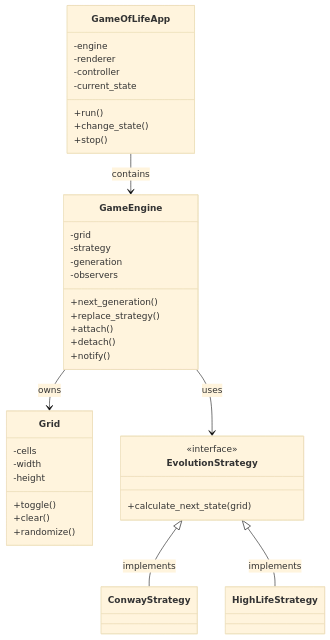
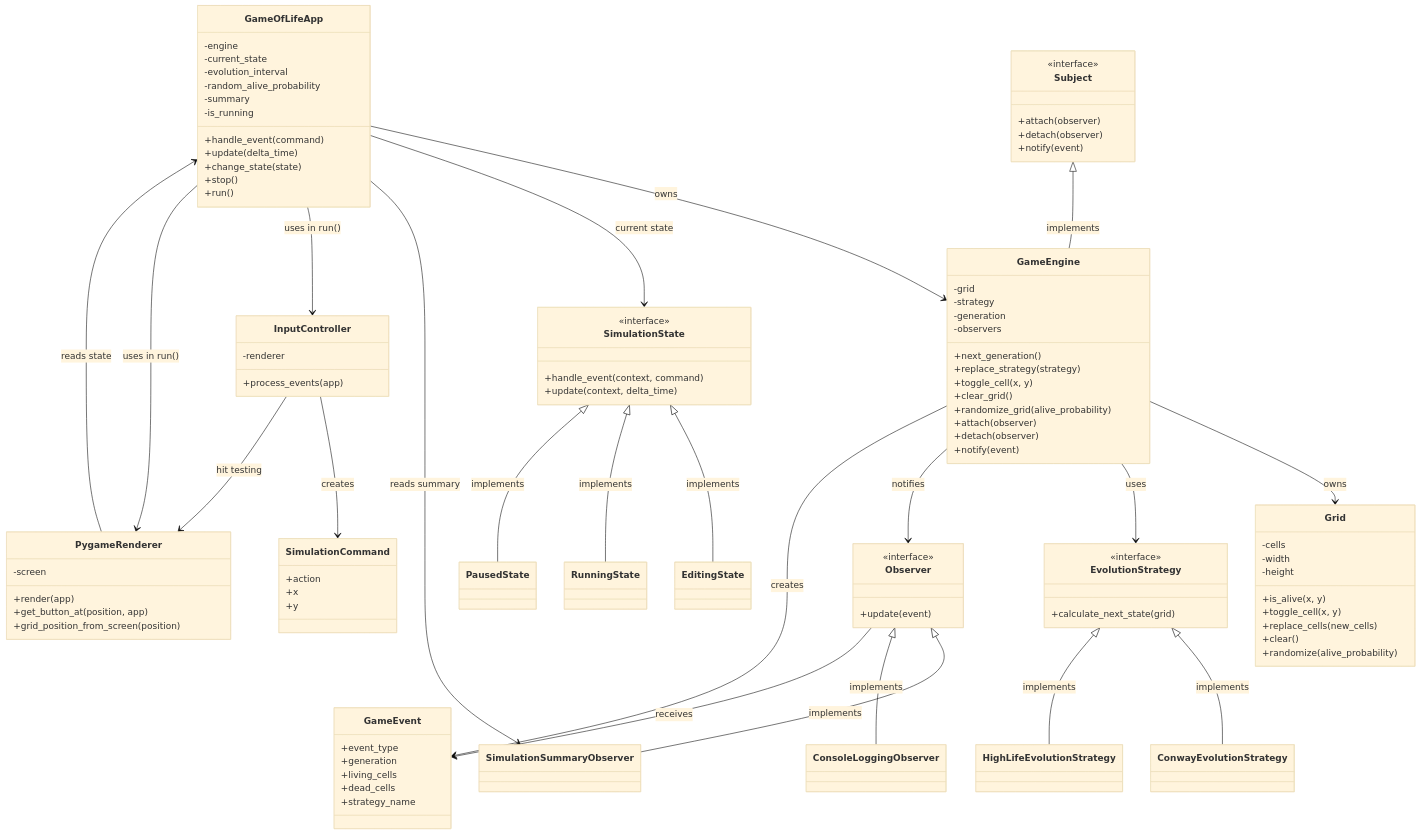
The diagram in docs/class_diagram.md (Stentzler/game-of-life-design-patterns), drawn with Mermaid (base theme) before and after one commit. The commit also changed 22 other files, not shown here.

````diff
--- a/docs/class_diagram.md
+++ b/docs/class_diagram.md
@@ -2,13 +2,45 @@
 classDiagram
     class GameOfLifeApp {
         -engine
+        -current_state
+        -evolution_interval
+        -random_alive_probability
+        -summary
+        -is_running
+        +handle_event(command)
+        +update(delta_time)
+        +change_state(state)
+        +stop()
+        +run()
+    }
+
+    class InputController {
         -renderer
-        -controller
-        -current_state
-        +run()
-        +change_state()
-        +stop()
+        +process_events(app)
     }
+
+    class PygameRenderer {
+        -screen
+        +render(app)
+        +get_button_at(position, app)
+        +grid_position_from_screen(position)
+    }
+
+    class SimulationCommand {
+        +action
+        +x
+        +y
+    }
+
+    class SimulationState {
+        <<interface>>
+        +handle_event(context, command)
+        +update(context, delta_time)
+    }
+
+    class EditingState
+    class RunningState
+    class PausedState
 
     class GameEngine {
         -grid
@@ -16,19 +48,24 @@
         -generation
         -observers
         +next_generation()
-        +replace_strategy()
-        +attach()
-        +detach()
-        +notify()
+        +replace_strategy(strategy)
+        +toggle_cell(x, y)
+        +clear_grid()
+        +randomize_grid(alive_probability)
+        +attach(observer)
+        +detach(observer)
+        +notify(event)
     }
 
     class Grid {
         -cells
         -width
         -height
-        +toggle()
+        +is_alive(x, y)
+        +toggle_cell(x, y)
+        +replace_cells(new_cells)
         +clear()
-        +randomize()
+        +randomize(alive_probability)
     }
 
     class EvolutionStrategy {
@@ -36,15 +73,56 @@
         +calculate_next_state(grid)
     }
 
-    class ConwayStrategy {
+    class ConwayEvolutionStrategy
+    class HighLifeEvolutionStrategy
+
+    class Subject {
+        <<interface>>
+        +attach(observer)
+        +detach(observer)
+        +notify(event)
     }
 
-    class HighLifeStrategy {
+    class Observer {
+        <<interface>>
+        +update(event)
     }
 
-    GameOfLifeApp --> GameEngine : contains
+    class GameEvent {
+        +event_type
+        +generation
+        +living_cells
+        +dead_cells
+        +strategy_name
+    }
+
+    class SimulationSummaryObserver
+    class ConsoleLoggingObserver
+
+    GameOfLifeApp --> GameEngine : owns
+    GameOfLifeApp --> SimulationState : current state
+    GameOfLifeApp --> SimulationSummaryObserver : reads summary
+    GameOfLifeApp --> InputController : uses in run()
+    GameOfLifeApp --> PygameRenderer : uses in run()
+
+    InputController --> SimulationCommand : creates
+    InputController --> PygameRenderer : hit testing
+    PygameRenderer --> GameOfLifeApp : reads state
+
+    SimulationState <|-- EditingState : implements
+    SimulationState <|-- RunningState : implements
+    SimulationState <|-- PausedState : implements
+
+    Subject <|-- GameEngine : implements
     GameEngine --> Grid : owns
     GameEngine --> EvolutionStrategy : uses
-    EvolutionStrategy <|-- ConwayStrategy : implements
-    EvolutionStrategy <|-- HighLifeStrategy : implements
+    GameEngine --> Observer : notifies
+    GameEngine --> GameEvent : creates
+
+    EvolutionStrategy <|-- ConwayEvolutionStrategy : implements
+    EvolutionStrategy <|-- HighLifeEvolutionStrategy : implements
+
+    Observer <|-- SimulationSummaryObserver : implements
+    Observer <|-- ConsoleLoggingObserver : implements
+    Observer --> GameEvent : receives
 ```
````
